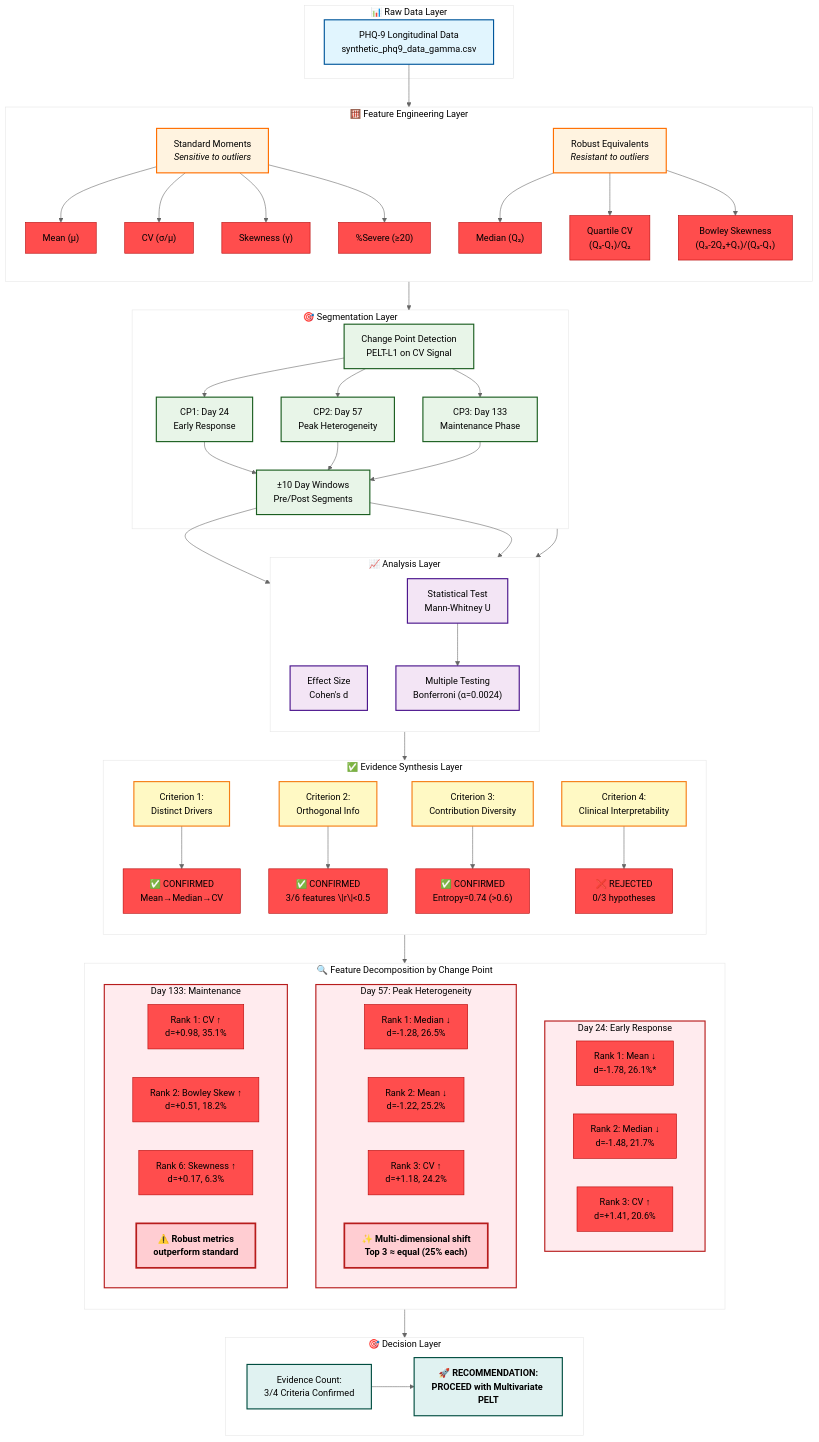
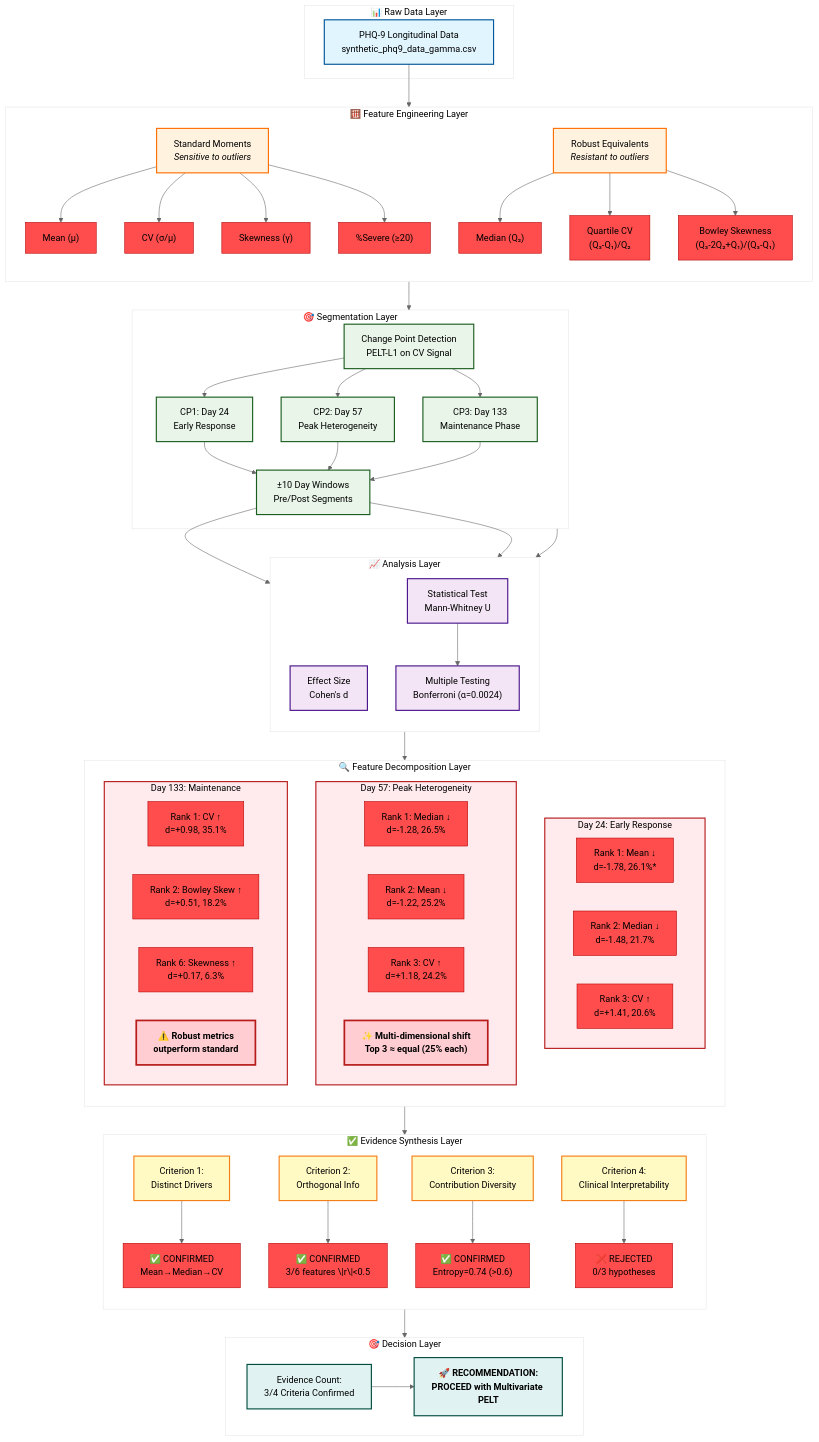
One commit to satyaki-mitra/Temporal-Changepoint-Detection changed the diagram in reports/POST_HOC_MULTIVARIATE_DECOMPOSITION_REPORT.md. Above: the diagram before and after it, drawn with Mermaid.

Commit message:
Post-hoc analysis on Detected Changepoints for Multivariate Study

````diff
--- a/reports/POST_HOC_MULTIVARIATE_DECOMPOSITION_REPORT.md
+++ b/reports/POST_HOC_MULTIVARIATE_DECOMPOSITION_REPORT.md
@@ -178,20 +178,7 @@
         E2 --> E3
     end
 
-    subgraph Validation["✅ Evidence Synthesis Layer"]
-        direction TB
-        V1["Criterion 1:<br>Distinct Drivers"]
-        V2["Criterion 2:<br>Orthogonal Info"]
-        V3["Criterion 3:<br>Contribution Diversity"]
-        V4["Criterion 4:<br>Clinical Interpretability"]
-        
-        V1 --> V1a["✅ CONFIRMED<br>Mean→Median→CV"]
-        V2 --> V2a["✅ CONFIRMED<br>3/6 features \|r\|<0.5"]
-        V3 --> V3a["✅ CONFIRMED<br>Entropy=0.74 (>0.6)"]
-        V4 --> V4a["❌ REJECTED<br>0/3 hypotheses"]
-    end
-
-    subgraph Decomp["🔍 Feature Decomposition by Change Point"]
+    subgraph Decomp["🔍 Feature Decomposition Layer"]
         direction TB
         
         subgraph CP1["Day 24: Early Response"]
@@ -215,6 +202,19 @@
         end
     end
 
+    subgraph Validation["✅ Evidence Synthesis Layer"]
+        direction TB
+        V1["Criterion 1:<br>Distinct Drivers"]
+        V2["Criterion 2:<br>Orthogonal Info"]
+        V3["Criterion 3:<br>Contribution Diversity"]
+        V4["Criterion 4:<br>Clinical Interpretability"]
+        
+        V1 --> V1a["✅ CONFIRMED<br>Mean→Median→CV"]
+        V2 --> V2a["✅ CONFIRMED<br>3/6 features \|r\|<0.5"]
+        V3 --> V3a["✅ CONFIRMED<br>Entropy=0.74 (>0.6)"]
+        V4 --> V4a["❌ REJECTED<br>0/3 hypotheses"]
+    end
+
     subgraph Output["🎯 Decision Layer"]
         O1["Evidence Count:<br>3/4 Criteria Confirmed"]
         O2["<b>🚀 RECOMMENDATION:<br>PROCEED with Multivariate PELT</b>"]
@@ -222,20 +222,21 @@
         O1 --> O2
     end
 
+    %% Corrected flow: Analysis → Decomp → Validation → Output
     A --> Feature
     Feature --> Segment
     Segment --> Analysis
-    Analysis --> Validation
-    Validation --> Decomp
-    Decomp --> Output
+    Analysis --> Decomp
+    Decomp --> Validation
+    Validation --> Output
 
     %% Styling
     classDef input fill:#e1f5fe,stroke:#01579b,stroke-width:2px
     classDef feature fill:#fff3e0,stroke:#ff6f00,stroke-width:2px
     classDef segment fill:#e8f5e8,stroke:#1b5e20,stroke-width:2px
     classDef analysis fill:#f3e5f5,stroke:#4a148c,stroke-width:2px
+    classDef decomp fill:#ffebee,stroke:#b71c1c,stroke-width:2px
     classDef validation fill:#fff9c4,stroke:#f57f17,stroke-width:2px
-    classDef decomp fill:#ffebee,stroke:#b71c1c,stroke-width:2px
     classDef output fill:#e0f2f1,stroke:#004d40,stroke-width:2px
     classDef highlight fill:#ffcdd2,stroke:#b71c1c,stroke-width:3px
     
@@ -243,8 +244,8 @@
     class B1,B2 feature
     class C,C1,C2,C3,D segment
     class E1,E2,E3 analysis
+    class CP1,CP2,CP3 decomp
     class V1,V2,V3,V4 validation
-    class CP1,CP2,CP3 decomp
     class O1,O2 output
     class CP2d,CP3d highlight
 ```
````
